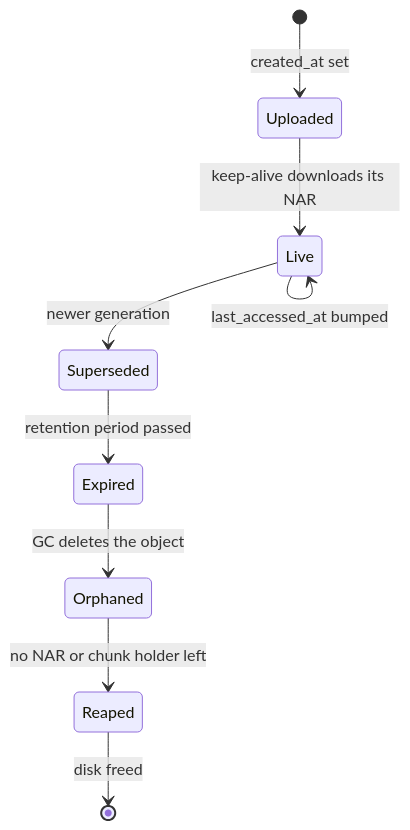
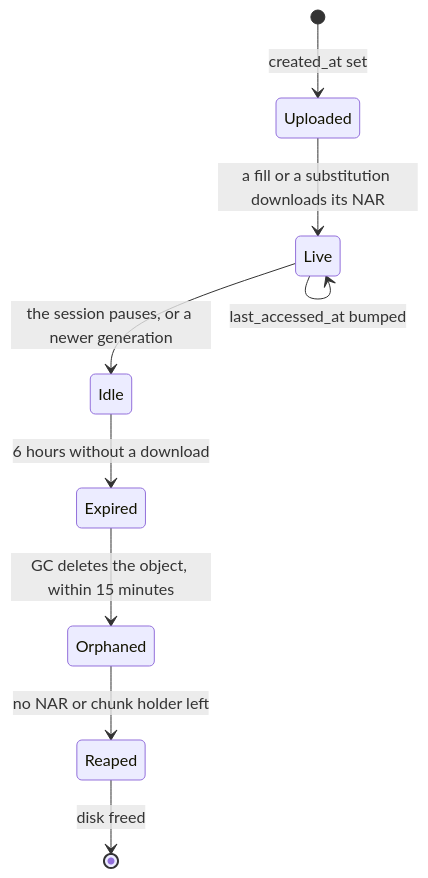
Before and after one commit to seedmatic/ndh: the sixth of 11 diagrams in docs/private-binary-cache-spec.adoc, drawn with Mermaid. The commit also changed other lines of this file, not shown here.

```diff
--- a/docs/private-binary-cache-spec.adoc
+++ b/docs/private-binary-cache-spec.adoc
@@ -707,12 +1007,12 @@
 [mermaid]
 ....
 stateDiagram-v2
   [*] --> Uploaded: created_at set
-  Uploaded --> Live: keep-alive downloads its NAR
+  Uploaded --> Live: a fill or a substitution downloads its NAR
   Live --> Live: last_accessed_at bumped
-  Live --> Superseded: newer generation
-  Superseded --> Expired: retention period passed
-  Expired --> Orphaned: GC deletes the object
+  Live --> Idle: the session pauses, or a newer generation
+  Idle --> Expired: 6 hours without a download
+  Expired --> Orphaned: GC deletes the object, within 15 minutes
   Orphaned --> Reaped: no NAR or chunk holder left
   Reaped --> [*]: disk freed
 ....
```
